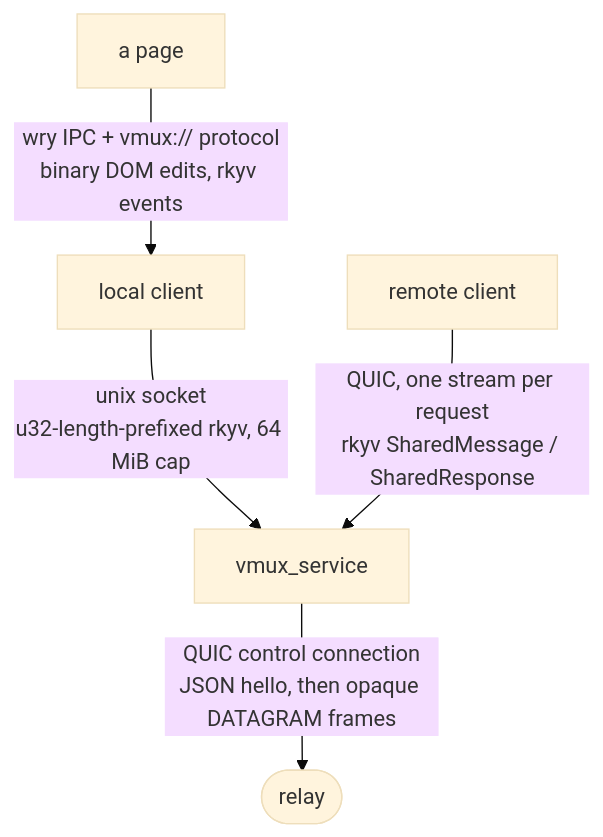
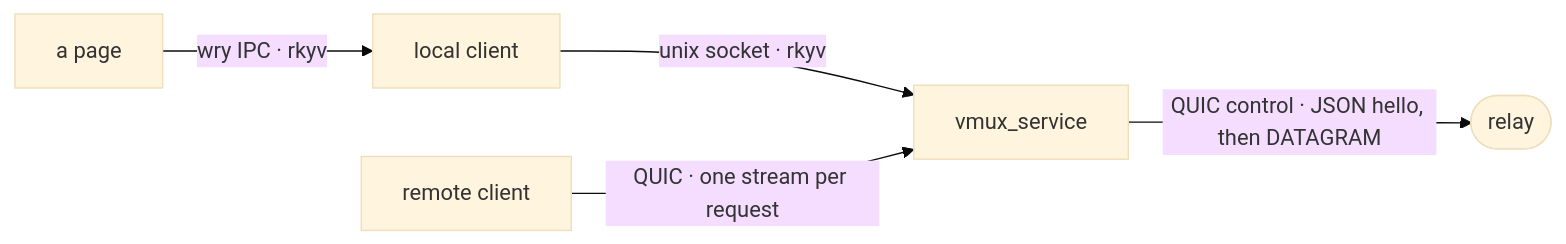
The third of 10 diagrams in docs/architecture.md (vmux-ai/vmux), drawn with Mermaid (base theme) before and after one commit. The commit also changed other lines of this file and 4 other files, not shown here.

First line of the commit message:
Render the architecture diagrams at build time (#417)

````diff
--- a/docs/architecture.md
+++ b/docs/architecture.md
@@ -72,13 +68,7 @@
 ```mermaid
-flowchart TB
-    page["a page"]
-    localc["local client"]
-    server["vmux_service"]
-    relay(["relay"])
-    remote["remote client"]
-
-    page -->|"wry IPC + vmux:// protocol<br/>binary DOM edits, rkyv events"| localc
-    localc -->|"unix socket<br/>u32-length-prefixed rkyv, 64 MiB cap"| server
-    remote -->|"QUIC, one stream per request<br/>rkyv SharedMessage / SharedResponse"| server
-    server -->|"QUIC control connection<br/>JSON hello, then opaque DATAGRAM frames"| relay
+flowchart LR
+    page["a page"] -->|wry IPC · rkyv| localc["local client"]
+    localc -->|unix socket · rkyv| server["vmux_service"]
+    remote["remote client"] -->|QUIC · one stream per request| server
+    server -->|QUIC control · JSON hello, then DATAGRAM| relay(["relay"])
 ```
````
